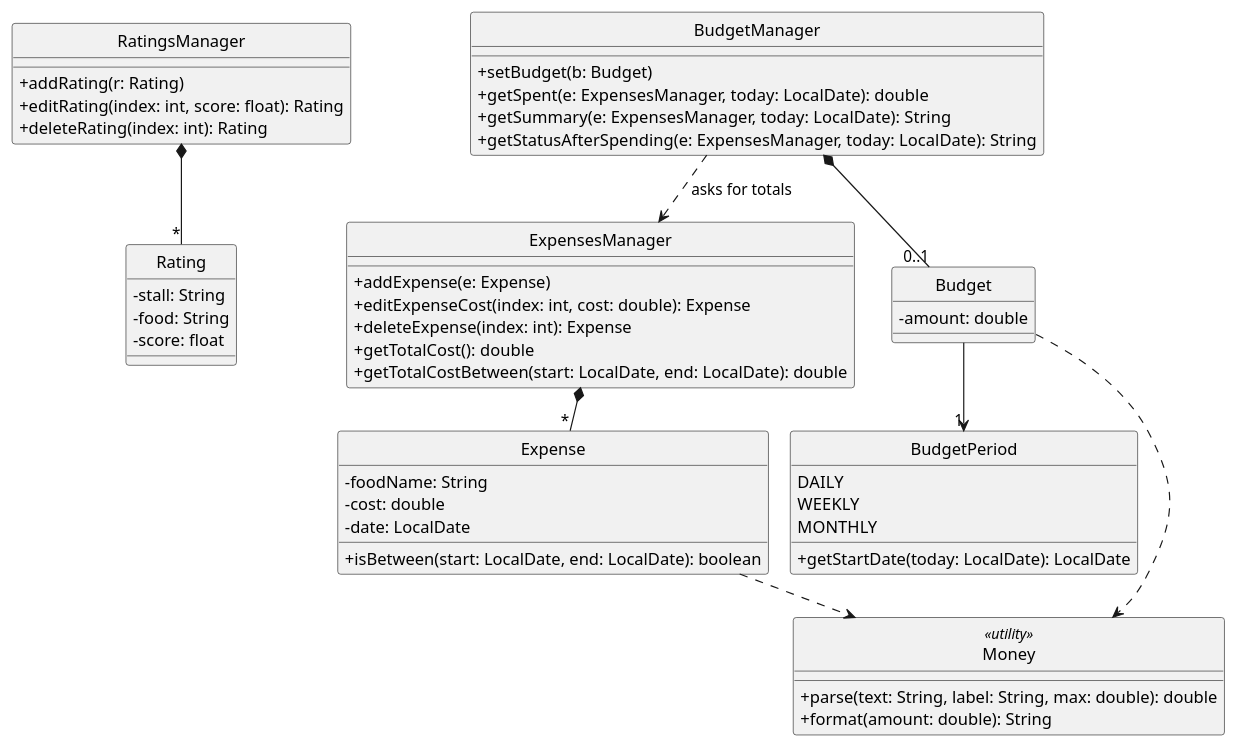
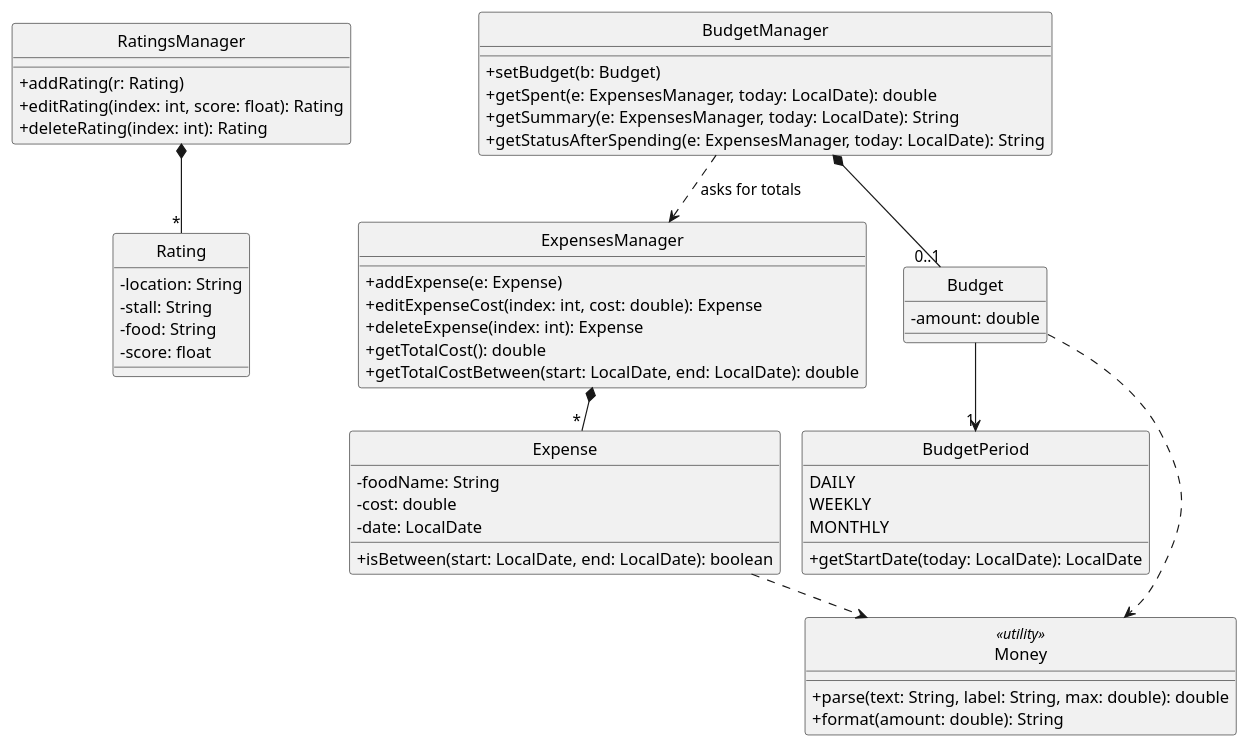
Before and after one commit to AY2627S1-CS2113-W10-3/tp: the diagram in docs/diagrams/ModelClassDiagram.puml, drawn with PlantUML. The commit also changed 4 other files, not shown here.

Commit message:
Update UG and DG for the new rating flows

```diff
--- a/docs/diagrams/ModelClassDiagram.puml
+++ b/docs/diagrams/ModelClassDiagram.puml
@@ -1,57 +1,58 @@
 @startuml
 !pragma layout smetana
 hide circle
 skinparam classAttributeIconSize 0
 skinparam shadowing false
 
 class RatingsManager {
   +addRating(r: Rating)
   +editRating(index: int, score: float): Rating
   +deleteRating(index: int): Rating
 }
 class Rating {
+  -location: String
   -stall: String
   -food: String
   -score: float
 }
 class ExpensesManager {
   +addExpense(e: Expense)
   +editExpenseCost(index: int, cost: double): Expense
   +deleteExpense(index: int): Expense
   +getTotalCost(): double
   +getTotalCostBetween(start: LocalDate, end: LocalDate): double
 }
 class Expense {
   -foodName: String
   -cost: double
   -date: LocalDate
   +isBetween(start: LocalDate, end: LocalDate): boolean
 }
 class BudgetManager {
   +setBudget(b: Budget)
   +getSpent(e: ExpensesManager, today: LocalDate): double
   +getSummary(e: ExpensesManager, today: LocalDate): String
   +getStatusAfterSpending(e: ExpensesManager, today: LocalDate): String
 }
 class Budget {
   -amount: double
 }
 enum BudgetPeriod {
   DAILY
   WEEKLY
   MONTHLY
   +getStartDate(today: LocalDate): LocalDate
 }
 class Money <<utility>> {
   +parse(text: String, label: String, max: double): double
   +format(amount: double): String
 }
 
 RatingsManager *-- "*" Rating
 ExpensesManager *-- "*" Expense
 BudgetManager *-- "0..1" Budget
 Budget --> "1" BudgetPeriod
 BudgetManager ..> ExpensesManager : asks for totals
 Expense ..> Money
 Budget ..> Money
 @enduml
```
